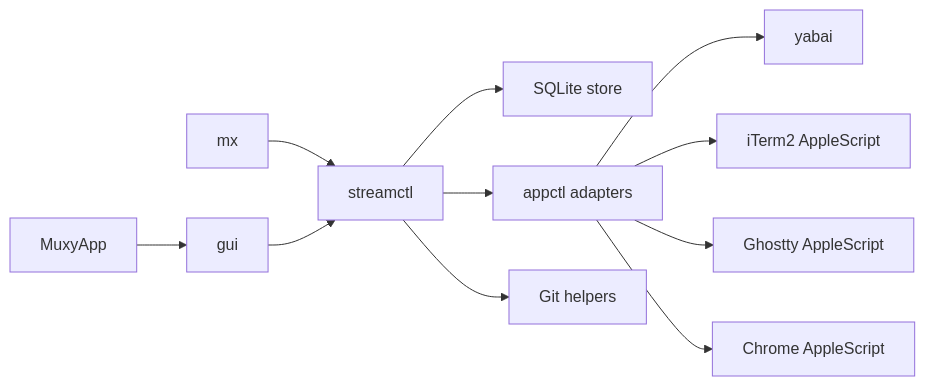
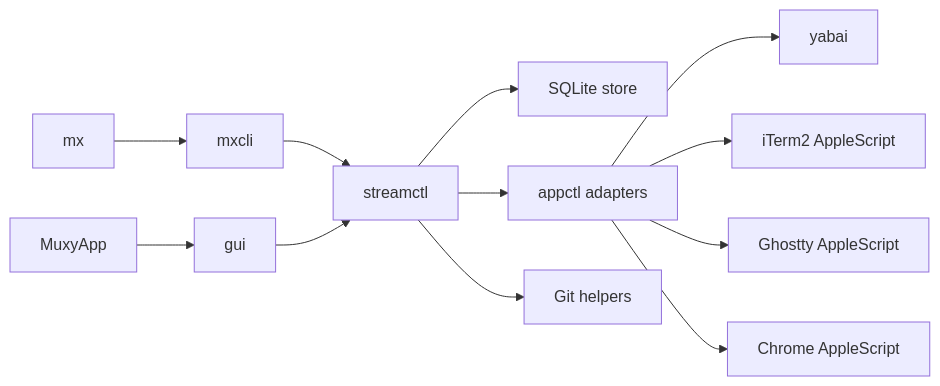
Before and after one commit to yogesh-dhande/spaces: the diagram in apps/macos/docs/architecture.md, drawn with Mermaid. The commit also changed other lines of this file and 7 other files, not shown here.

````diff
--- a/apps/macos/docs/architecture.md
+++ b/apps/macos/docs/architecture.md
@@ -17,15 +17,16 @@
 ```mermaid
 flowchart LR
-  cli["mx"] --> stream["streamctl"]
+  cli["mx"] --> mxcli["mxcli"]
+  mxcli --> stream["streamctl"]
   app["MuxyApp"] --> gui["gui"]
   gui --> stream
 
   stream --> store["SQLite store"]
   stream --> appctl["appctl adapters"]
   stream --> git["Git helpers"]
 
   appctl --> yabai["yabai"]
   appctl --> iterm["iTerm2 AppleScript"]
   appctl --> ghostty["Ghostty AppleScript"]
   appctl --> chrome["Chrome AppleScript"]
 ```
````
